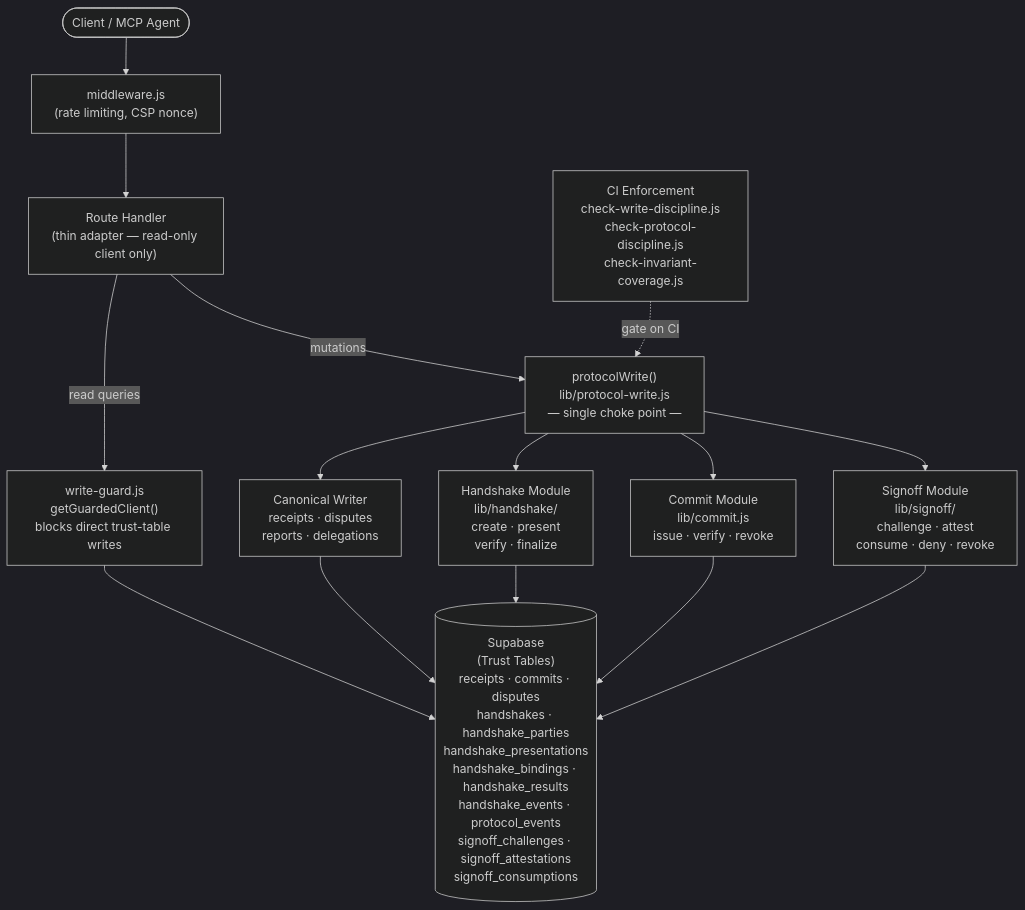
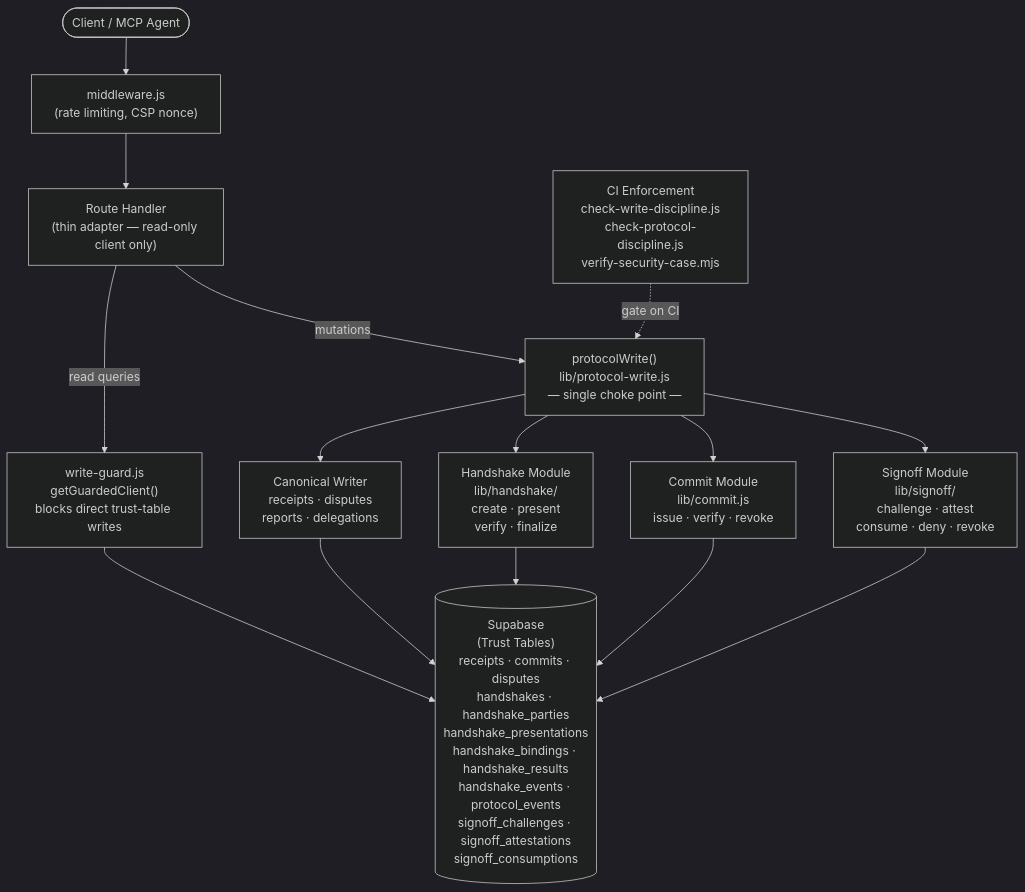
One commit to emiliaprotocol/emilia-protocol changed the diagram in docs/architecture/OVERVIEW.md. Above: the diagram before and after it, drawn with Mermaid (dark theme). The commit also changed 83 other files, not shown here.

````diff
--- a/docs/architecture/OVERVIEW.md
+++ b/docs/architecture/OVERVIEW.md
@@ -88,32 +88,32 @@
 ```mermaid
 flowchart TD
     Client(["Client / MCP Agent"])
     MW["middleware.js\n(rate limiting, CSP nonce)"]
     RH["Route Handler\n(thin adapter — read-only client only)"]
     WG["write-guard.js\ngetGuardedClient()\nblocks direct trust-table writes"]
     PW["protocolWrite()\nlib/protocol-write.js\n— single choke point —"]
 
     CW["Canonical Writer\nreceipts · disputes\nreports · delegations"]
     HM["Handshake Module\nlib/handshake/\ncreate · present\nverify · finalize"]
     CM["Commit Module\nlib/commit.js\nissue · verify · revoke"]
     SM["Signoff Module\nlib/signoff/\nchallenge · attest\nconsume · deny · revoke"]
 
     DB[("Supabase\n(Trust Tables)\nreceipts · commits · disputes\nhandshakes · handshake_parties\nhandshake_presentations\nhandshake_bindings · handshake_results\nhandshake_events · protocol_events\nsignoff_challenges · signoff_attestations\nsignoff_consumptions")]
 
-    CI["CI Enforcement\ncheck-write-discipline.js\ncheck-protocol-discipline.js\ncheck-invariant-coverage.js"]
+    CI["CI Enforcement\ncheck-write-discipline.js\ncheck-protocol-discipline.js\nverify-security-case.mjs"]
 
     Client --> MW
     MW --> RH
     RH -- "read queries" --> WG
     RH -- "mutations" --> PW
     WG --> DB
     PW --> CW
     PW --> HM
     PW --> CM
     PW --> SM
     CW --> DB
     HM --> DB
     CM --> DB
     SM --> DB
     CI -. "gate on CI" .-> PW
 ```
````
